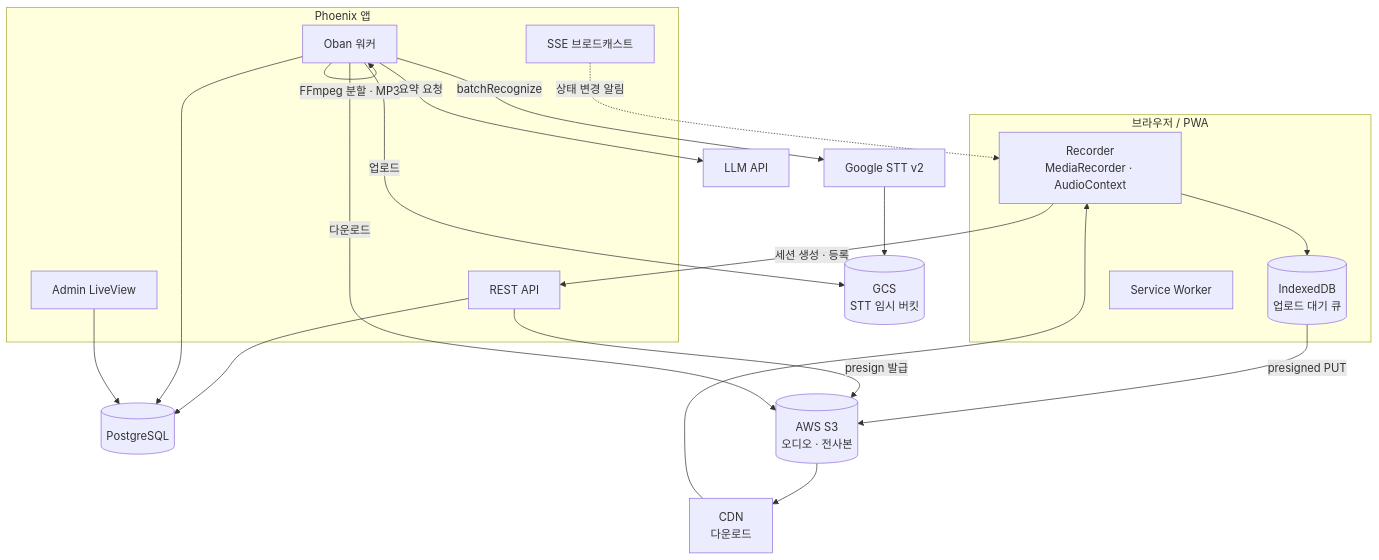
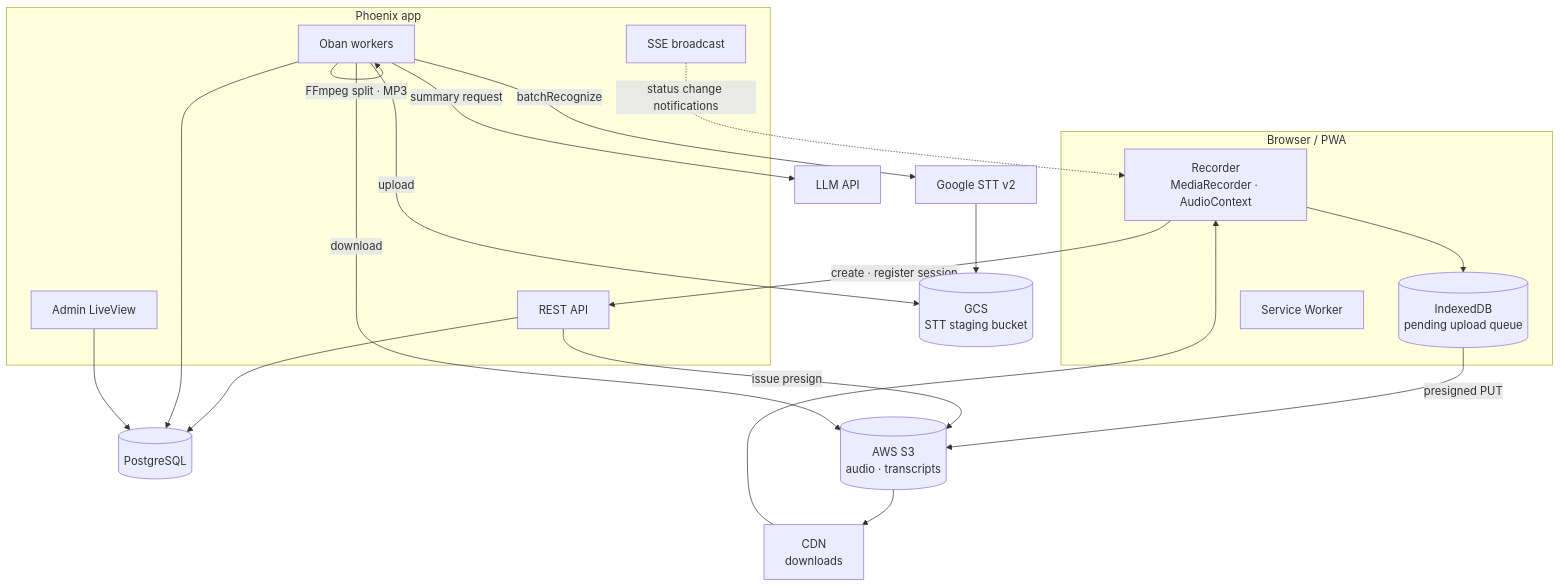
Before and after one commit to team-sisyphus-project/khala-voice: the diagram in docs/02-architecture.md, drawn with Mermaid. The commit also changed other lines of this file and 337 other files, not shown here.

````diff
--- a/docs/02-architecture.md
+++ b/docs/02-architecture.md
@@ -20,38 +20,38 @@
 ```mermaid
 flowchart TB
-    subgraph Client["브라우저 / PWA"]
+    subgraph Client["Browser / PWA"]
         REC["Recorder<br/>MediaRecorder · AudioContext"]
-        IDB[("IndexedDB<br/>업로드 대기 큐")]
+        IDB[("IndexedDB<br/>pending upload queue")]
         SW["Service Worker"]
     end
 
-    subgraph App["Phoenix 앱"]
+    subgraph App["Phoenix app"]
         API["REST API"]
-        SSE["SSE 브로드캐스트"]
+        SSE["SSE broadcast"]
         LV["Admin LiveView"]
-        OBAN["Oban 워커"]
+        OBAN["Oban workers"]
     end
 
     DB[("PostgreSQL")]
-    S3[("AWS S3<br/>오디오 · 전사본")]
-    CDN["CDN<br/>다운로드"]
-    GCS[("GCS<br/>STT 임시 버킷")]
+    S3[("AWS S3<br/>audio · transcripts")]
+    CDN["CDN<br/>downloads"]
+    GCS[("GCS<br/>STT staging bucket")]
     STT["Google STT v2"]
     LLM["LLM API"]
 
     REC --> IDB
     IDB -->|presigned PUT| S3
-    REC -->|"세션 생성 · 등록"| API
+    REC -->|"create · register session"| API
     API --> DB
-    API -->|"presign 발급"| S3
-    OBAN -->|"다운로드"| S3
-    OBAN -->|"FFmpeg 분할 · MP3"| OBAN
-    OBAN -->|"업로드"| GCS
+    API -->|"issue presign"| S3
+    OBAN -->|"download"| S3
+    OBAN -->|"FFmpeg split · MP3"| OBAN
+    OBAN -->|"upload"| GCS
     OBAN -->|"batchRecognize"| STT
     STT --> GCS
-    OBAN -->|"요약 요청"| LLM
+    OBAN -->|"summary request"| LLM
     OBAN --> DB
-    SSE -.->|"상태 변경 알림"| REC
+    SSE -.->|"status change notifications"| REC
     S3 --> CDN --> REC
     LV --> DB
 ```
````
